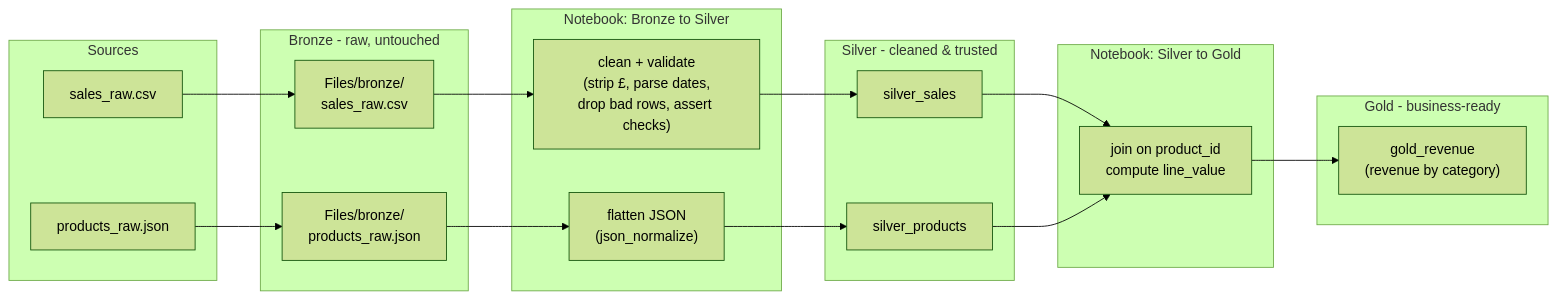
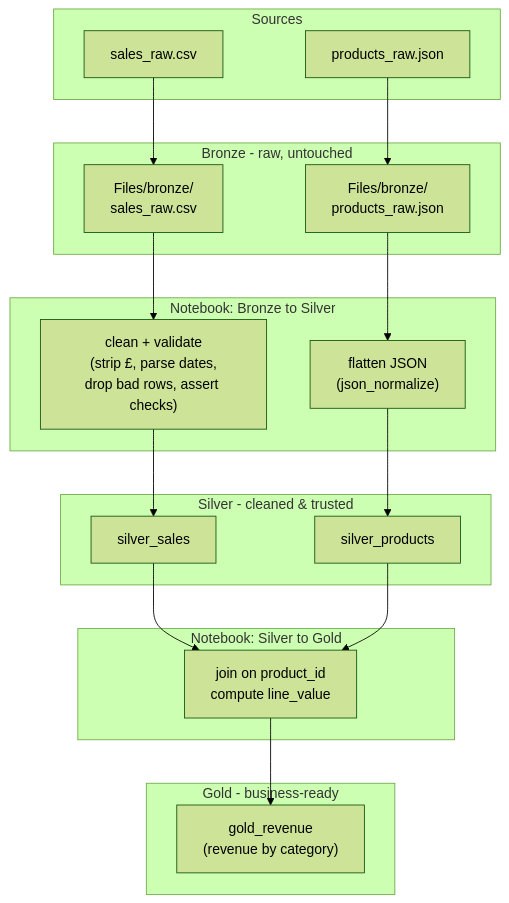
Before and after one commit to QAADE5/HomeSphere: the diagram in solution/pipeline-solution.md, drawn with Mermaid (forest theme). The commit also changed other lines of this file, not shown here.

````diff
--- a/solution/pipeline-solution.md
+++ b/solution/pipeline-solution.md
@@ -5,40 +3,40 @@
 ```mermaid
-flowchart LR
+flowchart TB
     subgraph SRC["Sources"]
         CSV["sales_raw.csv"]
         JSON["products_raw.json"]
     end
 
     subgraph BRZ["Bronze - raw, untouched"]
         BCSV["Files/bronze/\nsales_raw.csv"]
         BJSON["Files/bronze/\nproducts_raw.json"]
     end
 
     subgraph NB1["Notebook: Bronze to Silver"]
         CLEAN["clean + validate\n(strip £, parse dates,\ndrop bad rows, assert checks)"]
         FLAT["flatten JSON\n(json_normalize)"]
     end
 
     subgraph SIL["Silver - cleaned & trusted"]
         SS["silver_sales"]
         SP["silver_products"]
     end
 
     subgraph NB2["Notebook: Silver to Gold"]
         JOIN["join on product_id\ncompute line_value"]
     end
 
     subgraph GLD["Gold - business-ready"]
         GR["gold_revenue\n(revenue by category)"]
     end
 
     CSV --> BCSV
     JSON --> BJSON
     BCSV --> CLEAN
     BJSON --> FLAT
     CLEAN --> SS
     FLAT --> SP
     SS --> JOIN
     SP --> JOIN
     JOIN --> GR
 ```
````
